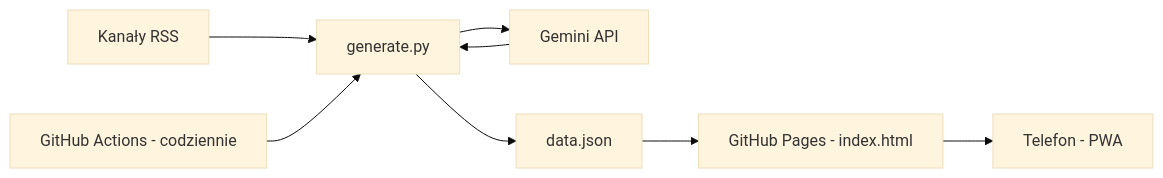
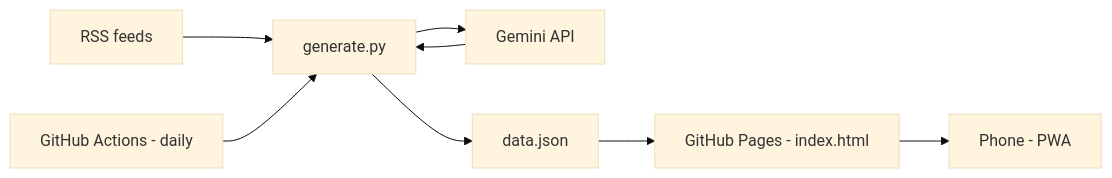
One commit to Hessart/betelspark changed the diagram in README.md. Above: the diagram before and after it, drawn with Mermaid (base theme). The commit also changed other lines of this file and 1 other file, not shown here.

````diff
--- a/README.md
+++ b/README.md
@@ -11,10 +13,10 @@
 ```mermaid
 flowchart LR
-    A[Kanały RSS] --> B[generate.py]
+    A[RSS feeds] --> B[generate.py]
     B --> C[Gemini API]
     C --> B
     B --> D[data.json]
-    E[GitHub Actions - codziennie] --> B
+    E[GitHub Actions - daily] --> B
     D --> F[GitHub Pages - index.html]
-    F --> G[Telefon - PWA]
+    F --> G[Phone - PWA]
 ```
````
